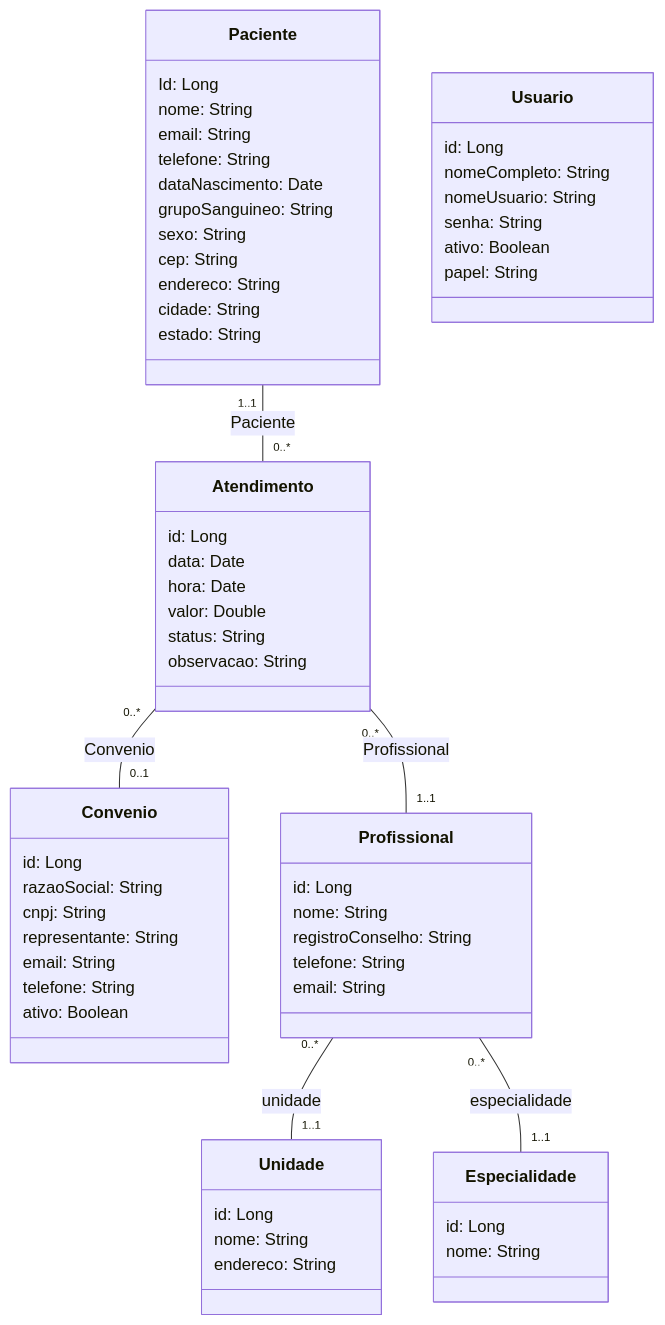
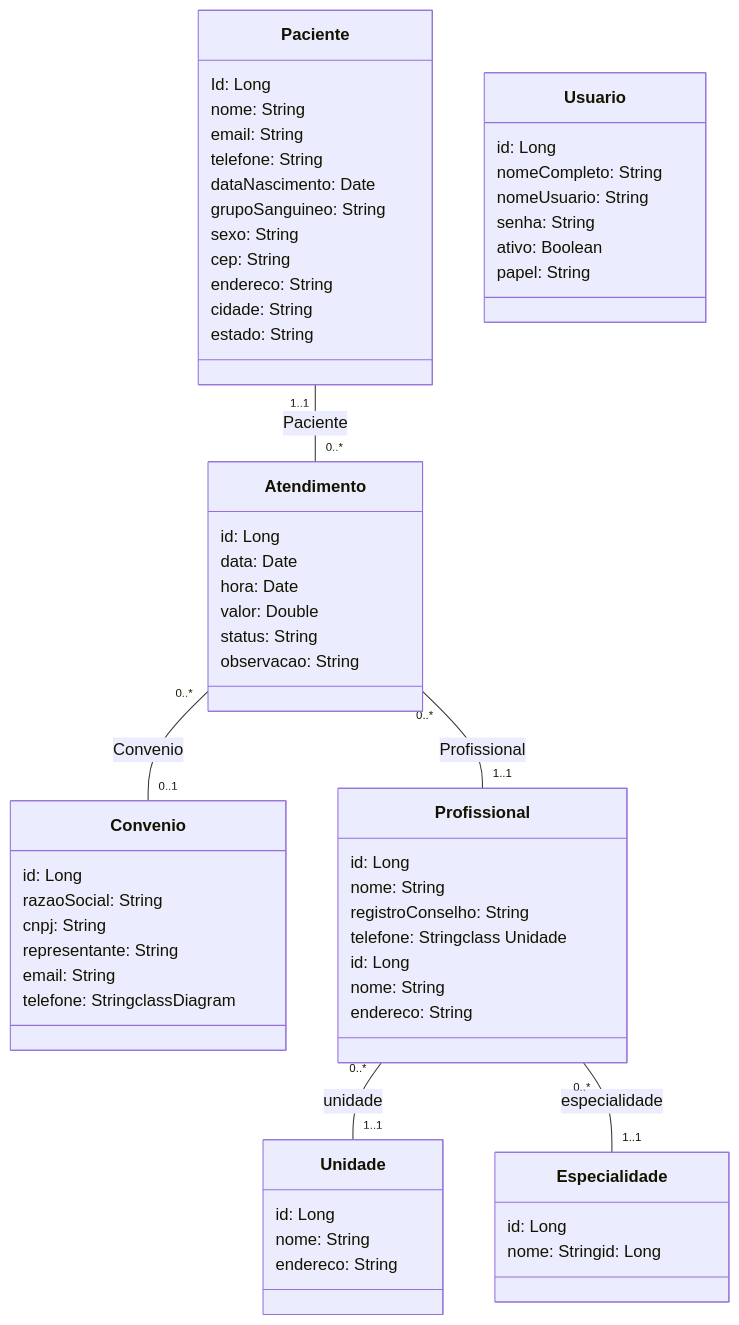
Before and after one commit to osmanmamed/Back-End: the diagram in aula-java/aulajava/src/diagramaClasseClinica.mermaid, drawn with Mermaid.

Commit message:
feat: diagrama atualizado

```diff
--- a/aula-java/aulajava/src/diagramaClasseClinica.mermaid
+++ b/aula-java/aulajava/src/diagramaClasseClinica.mermaid
@@ -1,69 +1,70 @@
 classDiagram
 
-class Paciente {
+class Paciente{
 Id: Long
 nome: String
 email: String
 telefone: String
 dataNascimento: Date
 grupoSanguineo: String
 sexo: String
 cep: String
 endereco: String
 cidade: String
 estado: String
 }
 
 class Atendimento{
 id: Long
 data: Date
 hora: Date
 valor: Double
 status: String
 observacao: String
 }
 
 class Convenio{
 id: Long
 razaoSocial: String
 cnpj: String
 representante: String
 email: String
-telefone: String
-ativo: Boolean
+telefone: StringclassDiagram
 }
 
 class Profissional{
 id: Long
 nome: String
 registroConselho: String
-telefone: String
-email: String
+telefone: Stringclass Unidade
+id: Long
+nome: String
+endereco: String
 }
 
 class Unidade{
 id: Long
 nome: String
 endereco: String
 }
 
 class Especialidade{
 id: Long
-nome: String
+nome: Stringid: Long
 }
 
 class Usuario{
 id: Long
 nomeCompleto: String
 nomeUsuario: String
 senha: String
 ativo: Boolean
 papel: String
 }
 
 
 Paciente "1..1"--"0..*" Atendimento: Paciente
 Atendimento "0..*"--"0..1" Convenio: Convenio
 Atendimento "0..*"--"1..1" Profissional: Profissional
 Profissional "0..*" --"1..1" Unidade: unidade
 Profissional "0..*"--"1..1" Especialidade: especialidade
```
